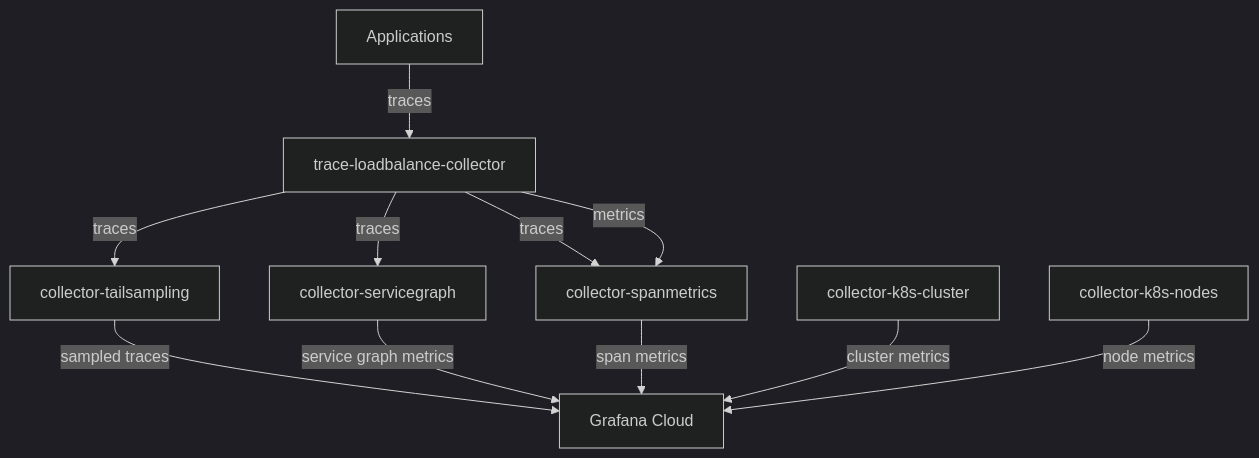
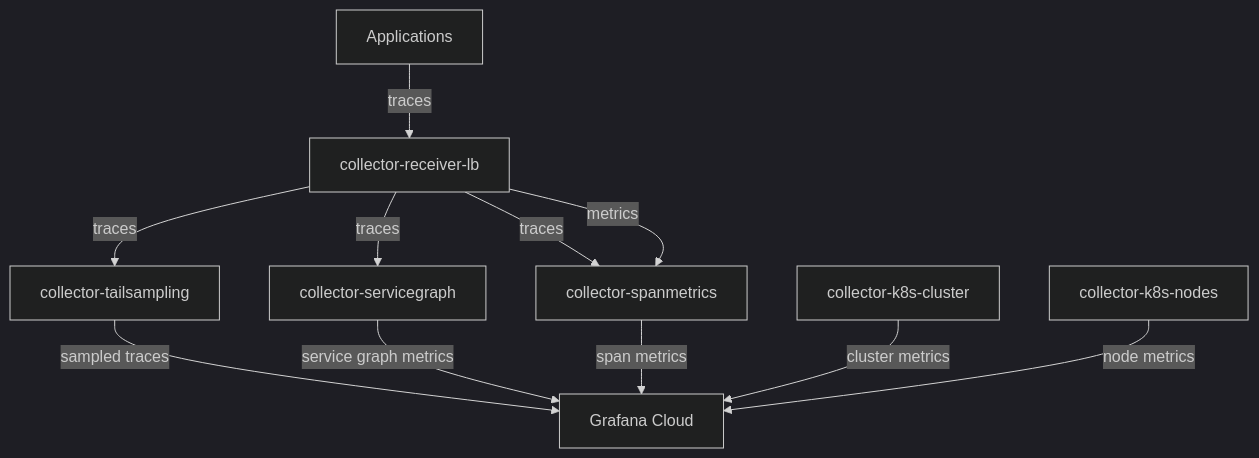
Before and after one commit to mbaykara/otelcollector-scalable: the diagram in README.md, drawn with Mermaid (dark theme).

Commit message:
docs(readme): fix collector name

````diff
--- a/README.md
+++ b/README.md
@@ -9,13 +9,13 @@
 ```mermaid
 graph TD
-    A[Applications] -->|traces| B[trace-loadbalance-collector]
+    A[Applications] -->|traces| B[collector-receiver-lb]
     B -->|traces| C[collector-tailsampling]
     B -->|traces| D[collector-servicegraph] 
     B -->|traces| E[collector-spanmetrics]
     B -->|metrics| E
     C -->|sampled traces| F[Grafana Cloud]
     D -->|service graph metrics| F
     E -->|span metrics| F
     G[collector-k8s-cluster] -->|cluster metrics| F
     H[collector-k8s-nodes] -->|node metrics| F
 ```
````
